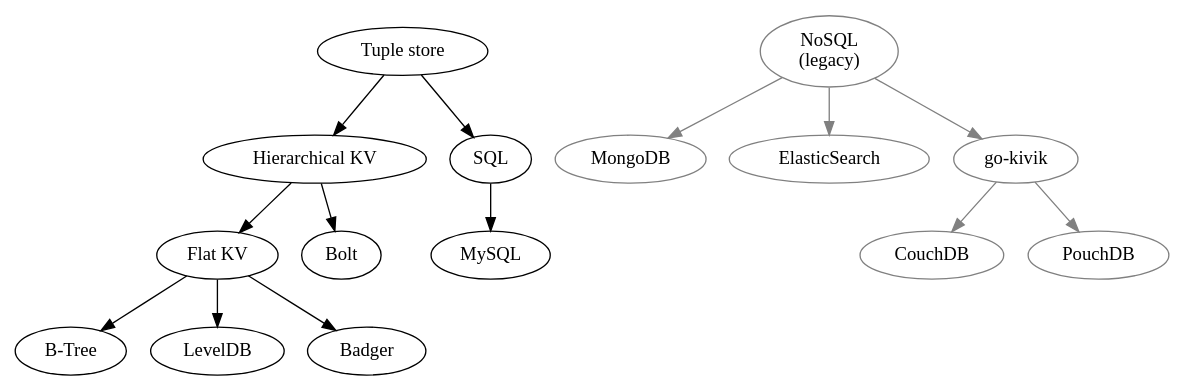
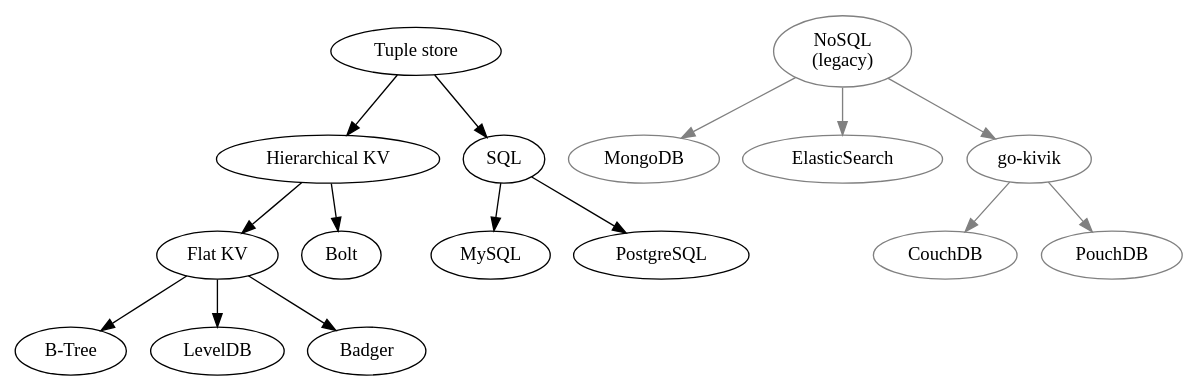
Before and after one commit to hidal-go/hidalgo: the diagram in db-hierarchy.gv, drawn with Graphviz. The commit also changed 16 other files, not shown here.

Commit message:
tuple: support postgres

```diff
--- a/db-hierarchy.gv
+++ b/db-hierarchy.gv
@@ -1,36 +1,36 @@
 digraph DBs {
     flat_kv [label="Flat KV" URL="./docs/kv-flat.md"]
     btree [label="B-Tree"]
     flat_kv -> btree
     leveldb [label="LevelDB"]
     flat_kv -> leveldb
     badger [label="Badger"]
     flat_kv -> badger
 
     hie_kv [label="Hierarchical KV" URL="./docs/kv-hierarchical.md"]
     hie_kv -> flat_kv
     bolt [label="Bolt"]
     hie_kv -> bolt
 
     sql_tuple [label="SQL" URL="./docs/sql-tuple.md"]
     mysql [label="MySQL"]
     sql_tuple -> mysql
-    # postgres [label="PostgreSQL"]
-    # sql_tuple -> postgres
+    postgres [label="PostgreSQL"]
+    sql_tuple -> postgres
 
     strict_tuple [label="Tuple store" URL="./docs/tuple-strict.md"]
     strict_tuple -> hie_kv
     strict_tuple -> sql_tuple
 
     legacy_nosql [label="NoSQL\n(legacy)", color=grey]
     legacy_mongo [label="MongoDB", color=grey]
     legacy_nosql -> legacy_mongo [color=grey]
     legacy_elastic [label="ElasticSearch", color=grey]
     legacy_nosql -> legacy_elastic [color=grey]
     legacy_ouch [label="go-kivik", color=grey]
     legacy_nosql -> legacy_ouch [color=grey]
     legacy_couch [label="CouchDB", color=grey]
     legacy_ouch -> legacy_couch [color=grey]
     legacy_pouch [label="PouchDB", color=grey]
     legacy_ouch -> legacy_pouch [color=grey]
 }
```
